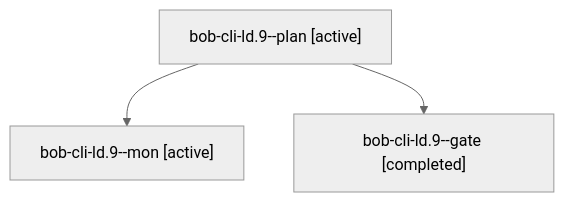
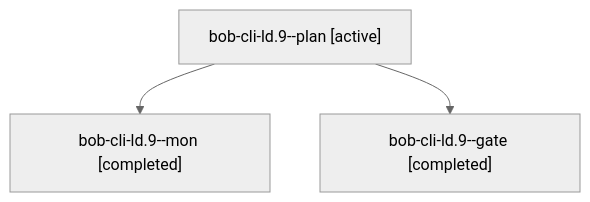
Before and after one commit to bobs-org/bob-cli--agents: the diagram in sessions/bbugyi200.athena.bob-cli-ld.9.md, drawn with Mermaid (neutral theme). The commit also changed other lines of this file and 70 other files, not shown here.

````diff
--- a/sessions/bbugyi200.athena.bob-cli-ld.9.md
+++ b/sessions/bbugyi200.athena.bob-cli-ld.9.md
@@ -9,8 +9,8 @@
 ```mermaid
 flowchart TD
   n0["bob-cli-ld.9--plan [active]"]
-  n1["bob-cli-ld.9--mon [active]"]
+  n1["bob-cli-ld.9--mon [completed]"]
   n0 --> n1
   n2["bob-cli-ld.9--gate [completed]"]
   n0 --> n2
 ```
````
